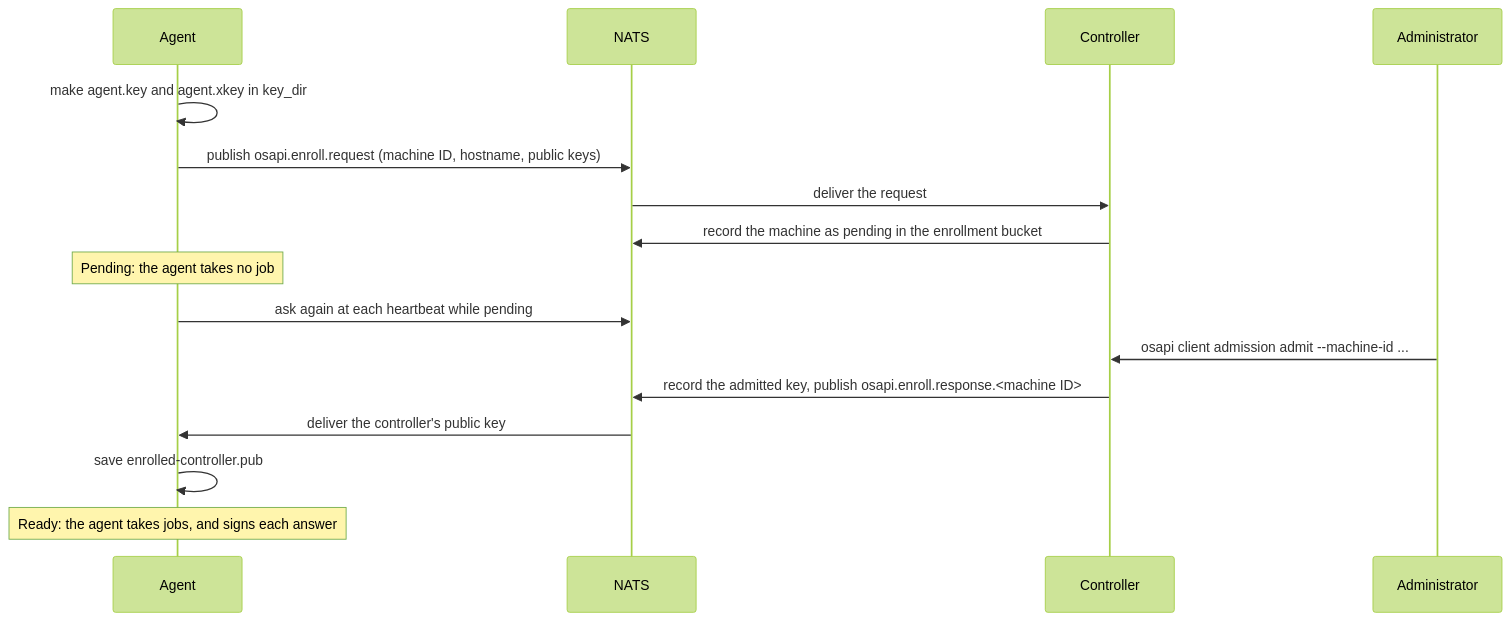
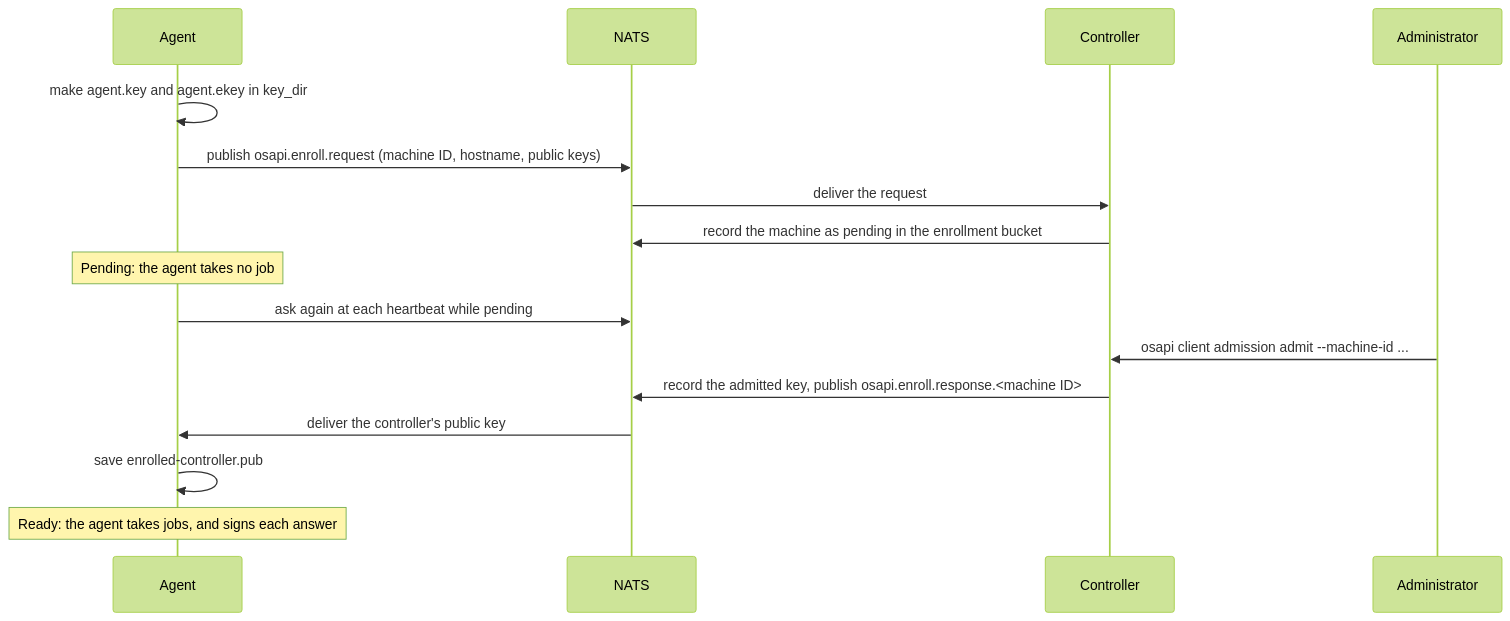
One commit to osapi-io/osapi changed the first of 3 diagrams in docs/docs/sidebar/architecture/agent-identity.md. Above: the diagram before and after it, drawn with Mermaid (forest theme). The commit also changed other lines of this file and 66 other files, not shown here.

````diff
--- a/docs/docs/sidebar/architecture/agent-identity.md
+++ b/docs/docs/sidebar/architecture/agent-identity.md
@@ -60,19 +60,19 @@
 ```mermaid
 sequenceDiagram
     participant A as Agent
     participant N as NATS
     participant C as Controller
     participant O as Administrator
 
-    A->>A: make agent.key and agent.xkey in key_dir
+    A->>A: make agent.key and agent.ekey in key_dir
     A->>N: publish osapi.enroll.request (machine ID, hostname, public keys)
     N->>C: deliver the request
     C->>N: record the machine as pending in the enrollment bucket
     Note over A: Pending: the agent takes no job
     A->>N: ask again at each heartbeat while pending
     O->>C: osapi client admission admit --machine-id ...
     C->>N: record the admitted key, publish osapi.enroll.response.<machine ID>
     N->>A: deliver the controller's public key
     A->>A: save enrolled-controller.pub
     Note over A: Ready: the agent takes jobs, and signs each answer
 ```
````
